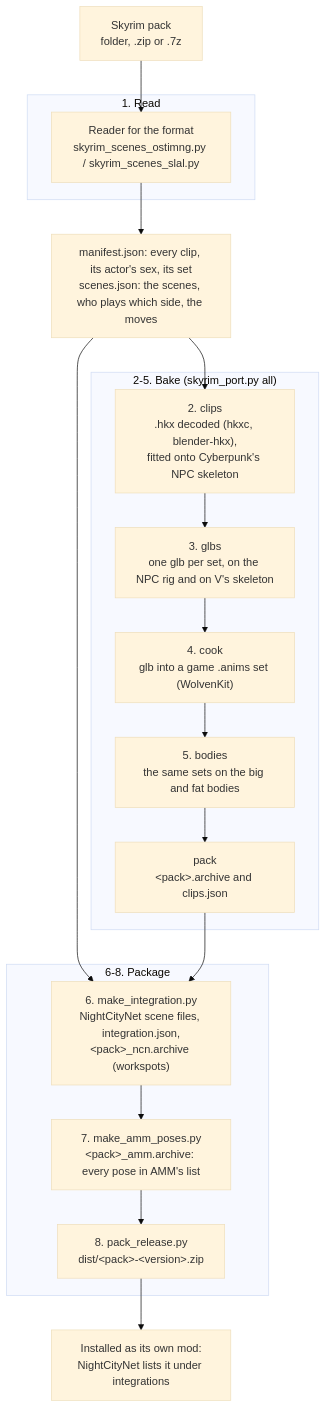
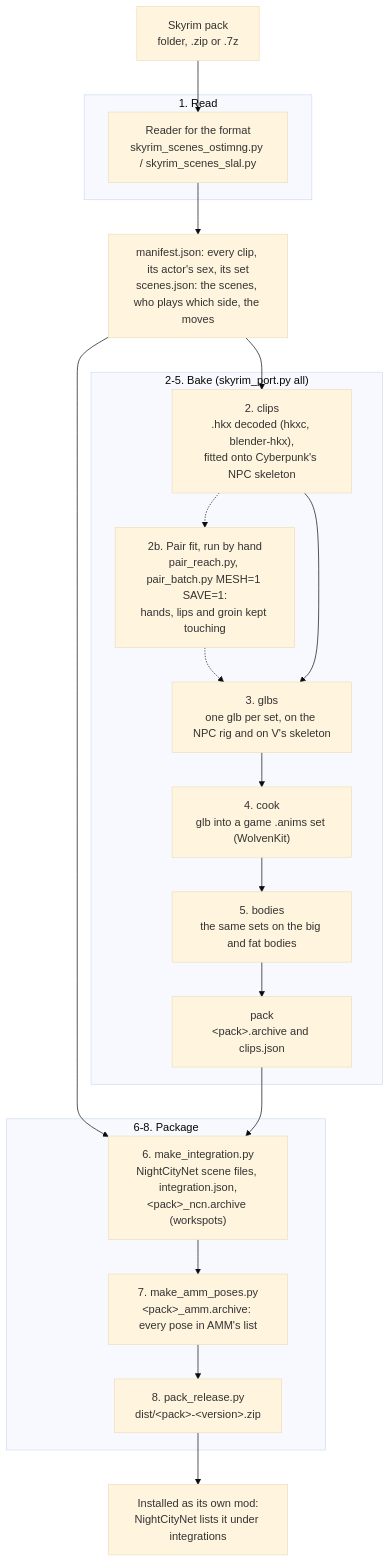
One commit to cp77modding/cyberpunk_animport changed the diagram in README.md. Above: the diagram before and after it, drawn with Mermaid (base theme). The commit also changed other lines of this file, not shown here.

Commit message:
docs(port): each pipeline step explained, the pair fit included

````diff
--- a/README.md
+++ b/README.md
@@ -78,24 +78,26 @@
 ```mermaid
 flowchart TD
     IN["Skyrim pack<br/>folder, .zip or .7z"] --> READ
     subgraph read ["1. Read"]
         READ["Reader for the format<br/>skyrim_scenes_ostimng.py / skyrim_scenes_slal.py"]
     end
     READ --> MAN["manifest.json: every clip, its actor's sex, its set<br/>scenes.json: the scenes, who plays which side, the moves"]
     MAN --> CLIPS
     subgraph bake ["2-5. Bake (skyrim_port.py all)"]
         CLIPS["2. clips<br/>.hkx decoded (hkxc, blender-hkx),<br/>fitted onto Cyberpunk's NPC skeleton"]
+        CLIPS -.-> PAIR["2b. Pair fit, run by hand<br/>pair_reach.py, pair_batch.py MESH=1 SAVE=1:<br/>hands, lips and groin kept touching"]
+        PAIR -.-> GLBS
         CLIPS --> GLBS["3. glbs<br/>one glb per set, on the NPC rig and on V's skeleton"]
         GLBS --> COOK["4. cook<br/>glb into a game .anims set (WolvenKit)"]
         COOK --> BODIES["5. bodies<br/>the same sets on the big and fat bodies"]
         BODIES --> PACK["pack<br/>&lt;pack&gt;.archive and clips.json"]
     end
     MAN --> SCENES
     PACK --> SCENES
     subgraph ship ["6-8. Package"]
         SCENES["6. make_integration.py<br/>NightCityNet scene files, integration.json,<br/>&lt;pack&gt;_ncn.archive (workspots)"]
         SCENES --> AMM["7. make_amm_poses.py<br/>&lt;pack&gt;_amm.archive: every pose in AMM's list"]
         AMM --> ZIP["8. pack_release.py<br/>dist/&lt;pack&gt;-&lt;version&gt;.zip"]
     end
     ZIP --> GAME["Installed as its own mod:<br/>NightCityNet lists it under integrations"]
 ```
````
